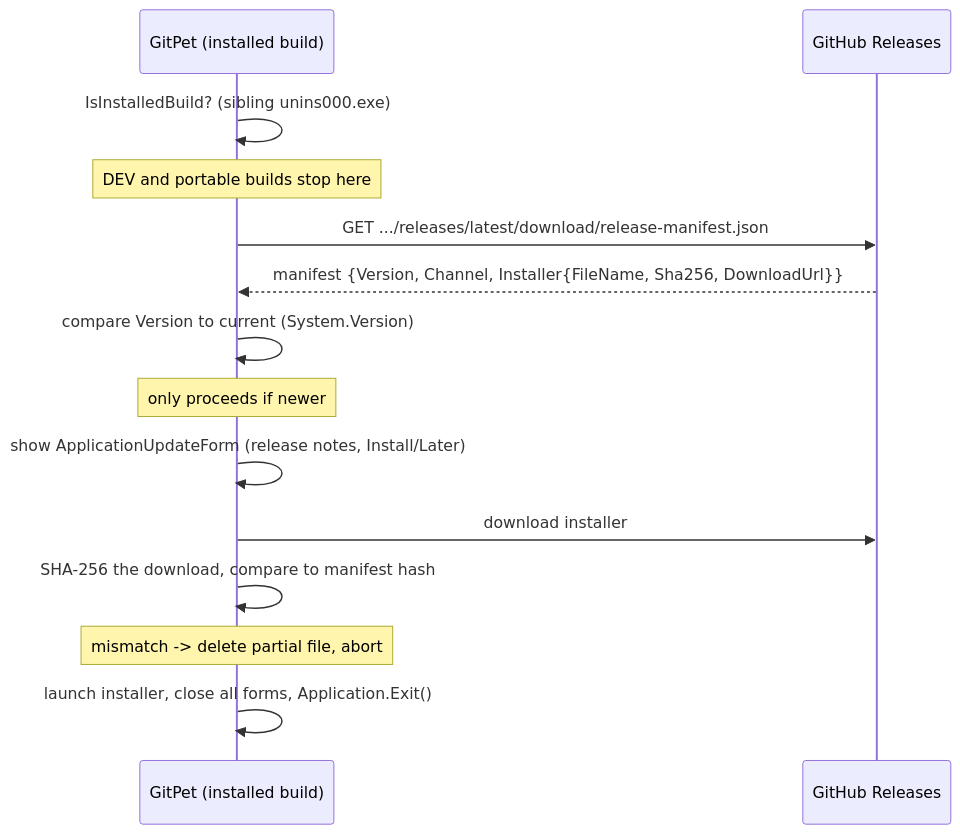
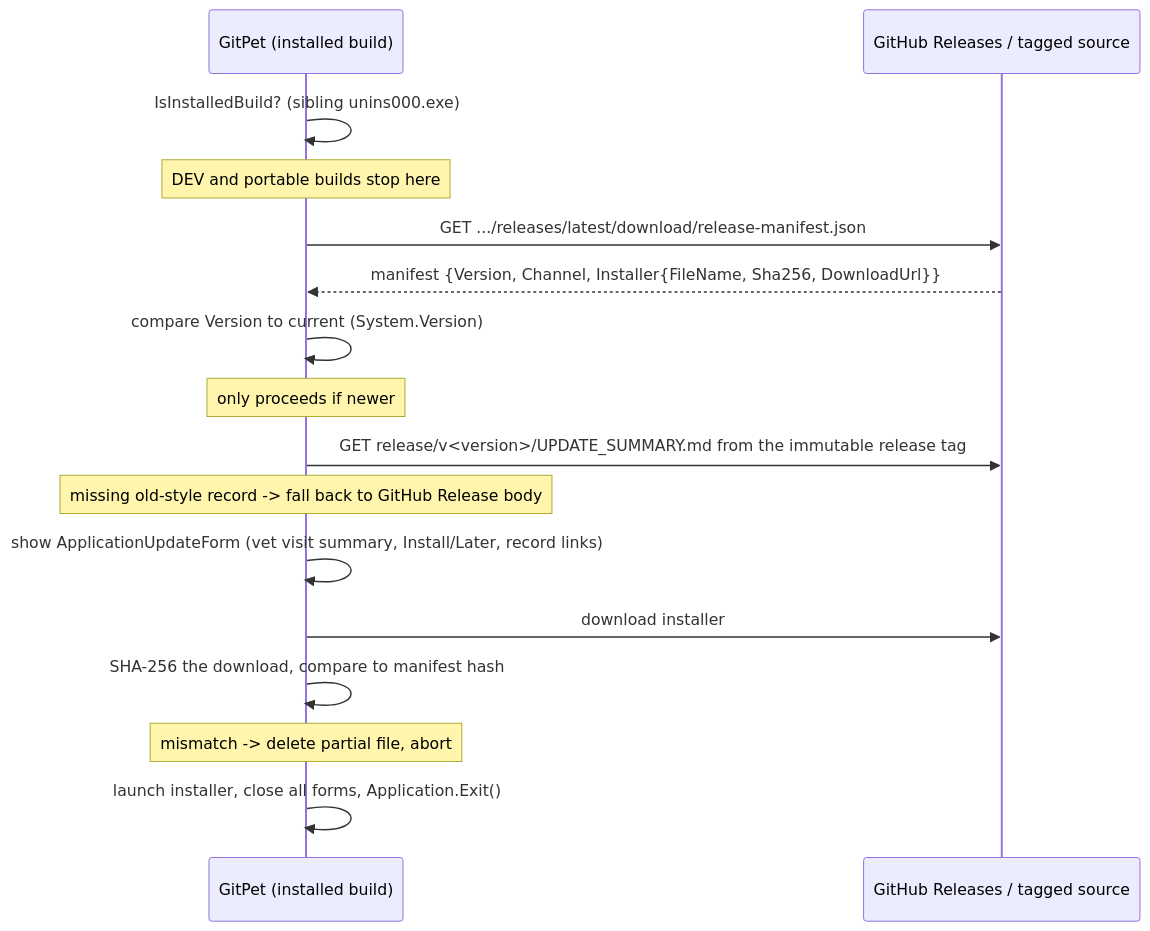
One commit to wilderruiz/ZomniverseGitPet changed the diagram in docs/developer/UPDATE_SYSTEM.md. Above: the diagram before and after it, drawn with Mermaid. The commit also changed other lines of this file, not shown here.

````diff
--- a/docs/developer/UPDATE_SYSTEM.md
+++ b/docs/developer/UPDATE_SYSTEM.md
@@ -16,17 +16,19 @@
 ```mermaid
 sequenceDiagram
     participant App as GitPet (installed build)
-    participant GH as GitHub Releases
+    participant GH as GitHub Releases / tagged source
 
     App->>App: IsInstalledBuild? (sibling unins000.exe)
     Note over App: DEV and portable builds stop here
     App->>GH: GET .../releases/latest/download/release-manifest.json
     GH-->>App: manifest {Version, Channel, Installer{FileName, Sha256, DownloadUrl}}
     App->>App: compare Version to current (System.Version)
     Note over App: only proceeds if newer
-    App->>App: show ApplicationUpdateForm (release notes, Install/Later)
+    App->>GH: GET release/v<version>/UPDATE_SUMMARY.md from the immutable release tag
+    Note over App: missing old-style record -> fall back to GitHub Release body
+    App->>App: show ApplicationUpdateForm (vet visit summary, Install/Later, record links)
     App->>GH: download installer
     App->>App: SHA-256 the download, compare to manifest hash
     Note over App: mismatch -> delete partial file, abort
     App->>App: launch installer, close all forms, Application.Exit()
 ```
````
